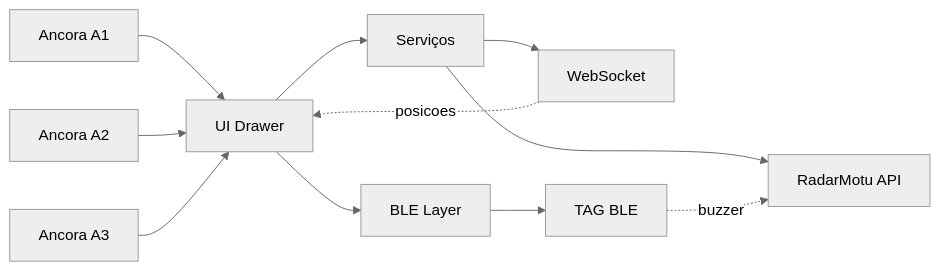
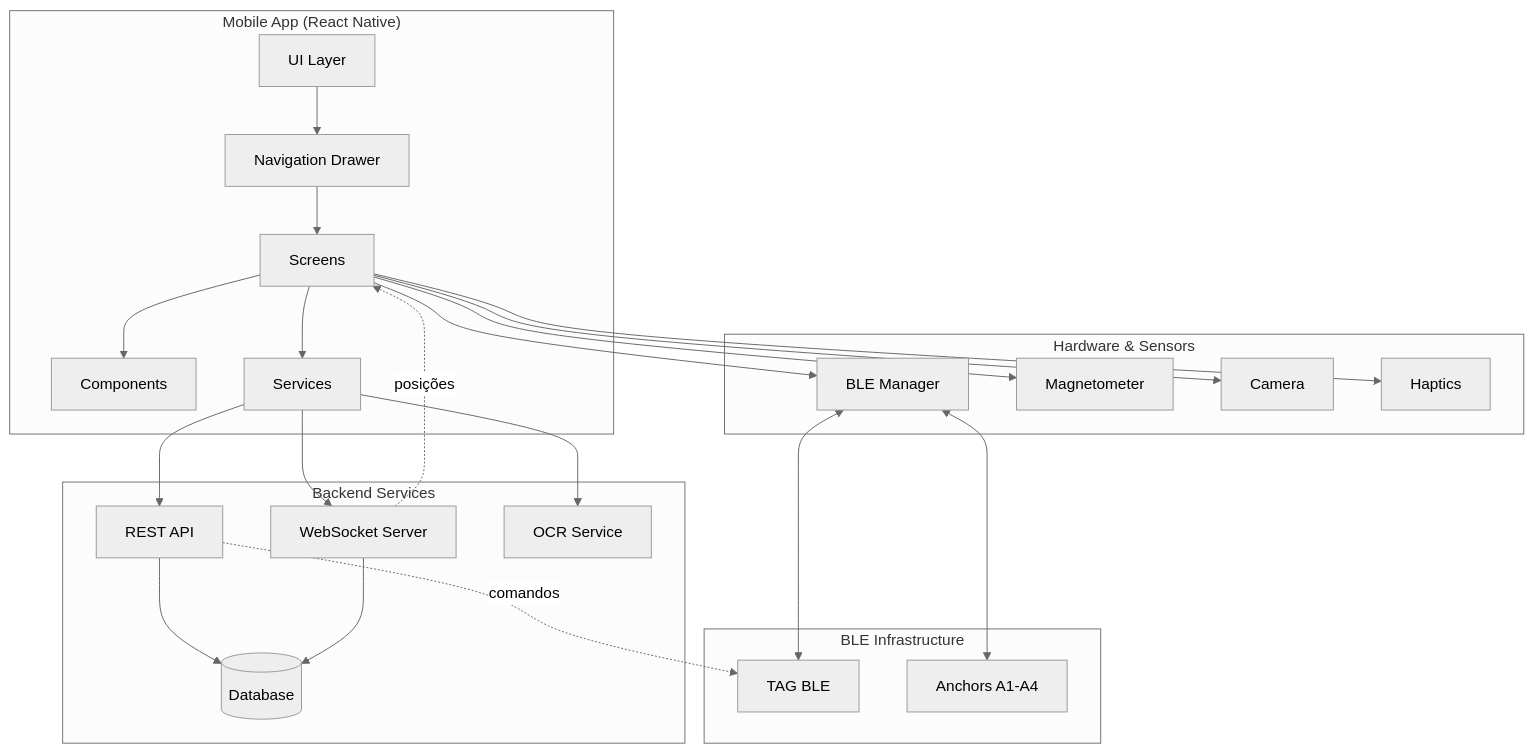
One commit to carmipa/NEXT-2025 changed the first of 4 diagrams in mobile/App-RadarMotu/radarmotu-app/radarmotu-app/README.md. Above: the diagram before and after it, drawn with Mermaid (neutral theme). The commit also changed other lines of this file and 16 other files, not shown here.

````diff
--- a/mobile/App-RadarMotu/radarmotu-app/radarmotu-app/README.md
+++ b/mobile/App-RadarMotu/radarmotu-app/radarmotu-app/README.md
@@ -60,13 +261,51 @@
 ```mermaid
-graph LR
-  UI[UI Drawer] --> SVC[Serviços]
-  UI --> BLE[BLE Layer]
-  SVC --> API[RadarMotu API]
-  SVC --> RTWS[WebSocket]
-  BLE --> TAG[TAG BLE]
-  AN1[Ancora A1] --> UI
-  AN2[Ancora A2] --> UI
-  AN3[Ancora A3] --> UI
-  RTWS -. posicoes .-> UI
-  TAG -. buzzer .-> API
+graph TB
+    subgraph "Mobile App (React Native)"
+        UI[UI Layer]
+        NAV[Navigation Drawer]
+        SCREENS[Screens]
+        COMP[Components]
+        SERV[Services]
+    end
+    
+    subgraph "Hardware & Sensors"
+        BLE[BLE Manager]
+        MAG[Magnetometer]
+        CAM[Camera]
+        HAPT[Haptics]
+    end
+    
+    subgraph "Backend Services"
+        API[REST API]
+        WS[WebSocket Server]
+        OCR[OCR Service]
+        DB[(Database)]
+    end
+    
+    subgraph "BLE Infrastructure"
+        TAG[TAG BLE]
+        ANCHORS[Anchors A1-A4]
+    end
+    
+    UI --> NAV
+    NAV --> SCREENS
+    SCREENS --> COMP
+    SCREENS --> SERV
+    
+    SERV --> API
+    SERV --> WS
+    SCREENS --> BLE
+    SCREENS --> MAG
+    SCREENS --> CAM
+    SCREENS --> HAPT
+    
+    BLE <--> TAG
+    BLE <--> ANCHORS
+    
+    API --> DB
+    WS --> DB
+    SERV --> OCR
+    
+    WS -.posições.-> SCREENS
+    API -.comandos.-> TAG
 ```
````
